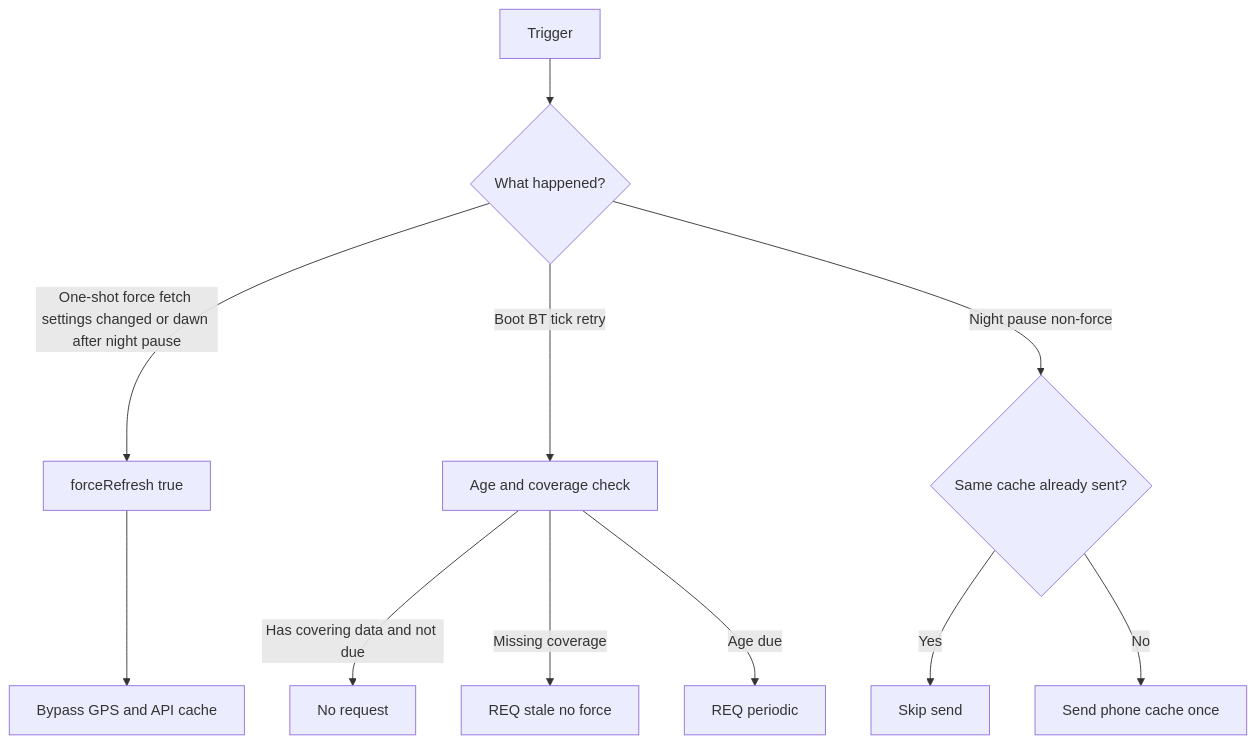
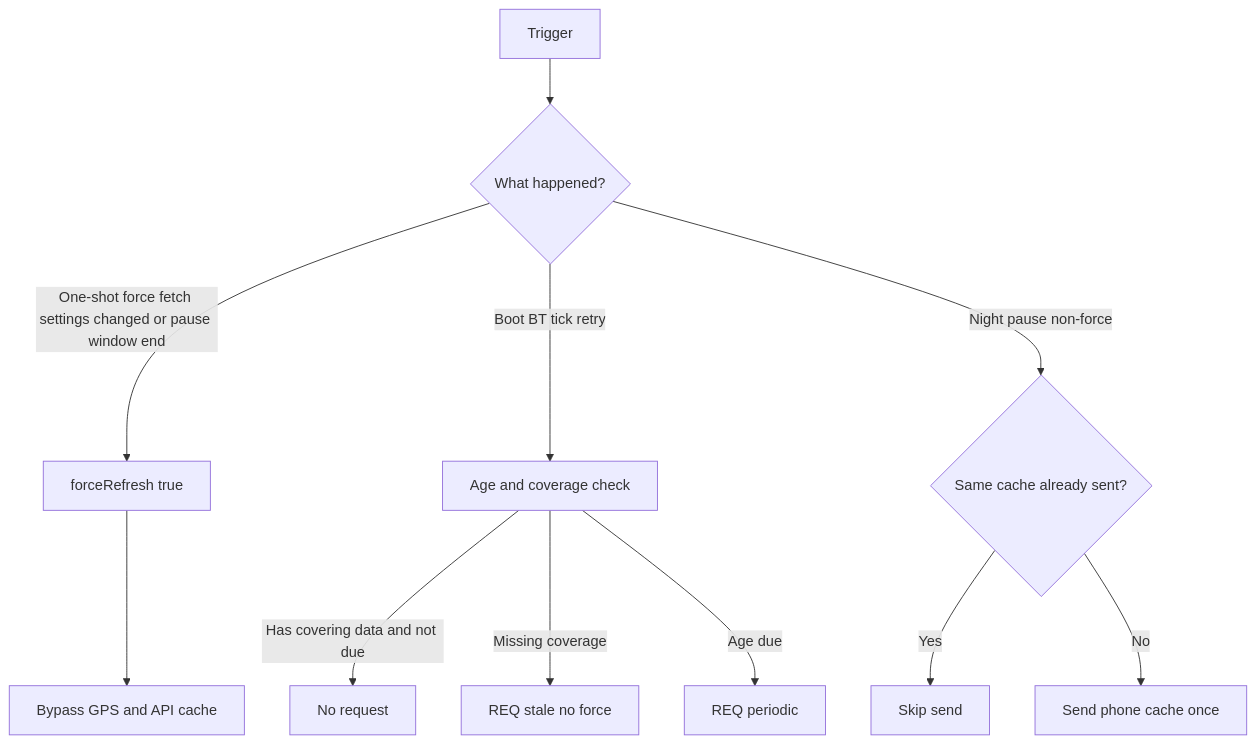
Before and after one commit to filcuk/pebble-watchface-argus: the diagram in DOCS.md, drawn with Mermaid. The commit also changed other lines of this file and 15 other files, not shown here.

Commit message:
Add manual night pause option

````diff
--- a/DOCS.md
+++ b/DOCS.md
@@ -23,13 +39,13 @@
 ```mermaid
 flowchart TD
   trigger[Trigger] --> kind{What happened?}
-  kind -->|One-shot force fetch settings changed or dawn after night pause| force[forceRefresh true]
+  kind -->|One-shot force fetch settings changed or pause window end| force[forceRefresh true]
   kind -->|Boot BT tick retry| smart[Age and coverage check]
   kind -->|Night pause non-force| night{Same cache already sent?}
   smart -->|Has covering data and not due| noop[No request]
   smart -->|Missing coverage| stale[REQ stale no force]
   smart -->|Age due| periodic[REQ periodic]
   night -->|Yes| skipNight[Skip send]
   night -->|No| sendCache[Send phone cache once]
   force --> api[Bypass GPS and API cache]
 ```
````
